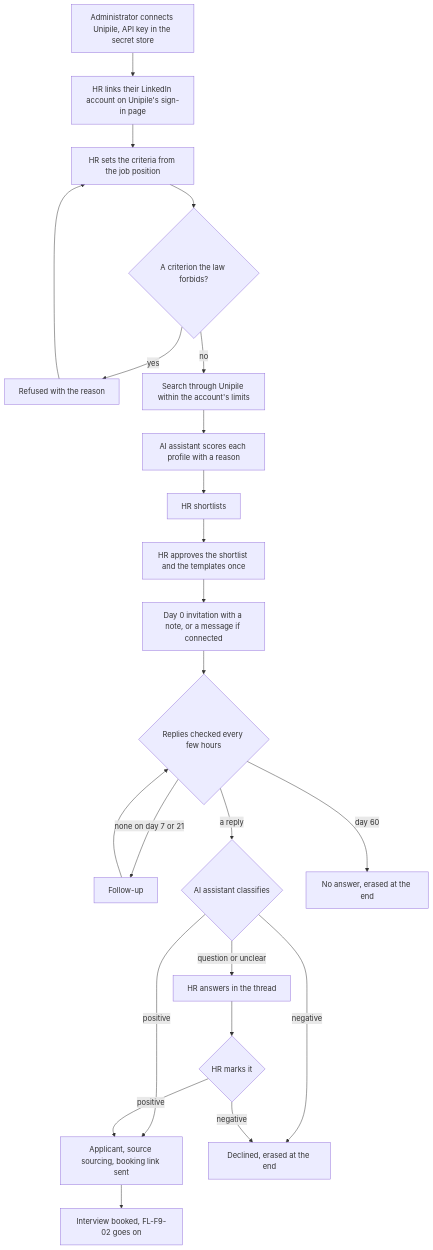
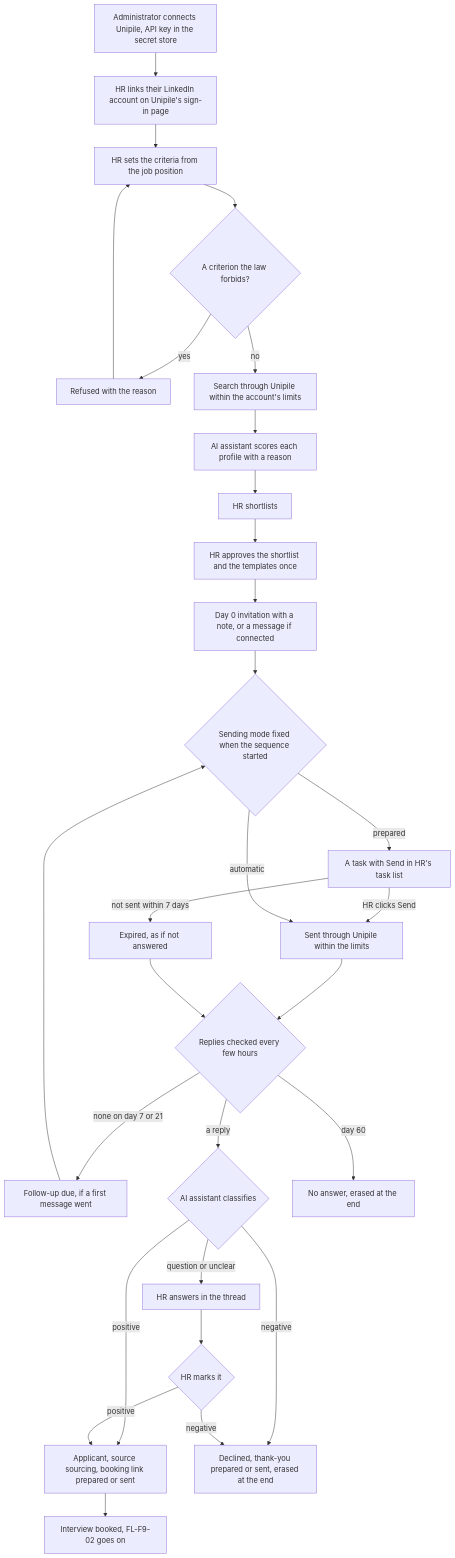
The first of 2 diagrams in docs/specs/02-functional/f09-hr-and-projects/flows/fl-f09-14-source-candidates-on-linkedin.md (gpbcom/SimpleERP), drawn with Mermaid before and after one commit. The commit also changed other lines of this file and 8816 other files, not shown here.

````diff
--- a/docs/specs/02-functional/f09-hr-and-projects/flows/fl-f09-14-source-candidates-on-linkedin.md
+++ b/docs/specs/02-functional/f09-hr-and-projects/flows/fl-f09-14-source-candidates-on-linkedin.md
@@ -26,24 +31,30 @@
 ```mermaid
 flowchart TD
   ADM[Administrator connects Unipile, API key in the secret store] --> LNK[HR links their LinkedIn account on Unipile's sign-in page]
   LNK --> CR[HR sets the criteria from the job position]
   CR --> LAW{A criterion the law forbids?}
   LAW -- yes --> REF[Refused with the reason] --> CR
   LAW -- no --> RUN[Search through Unipile within the account's limits]
   RUN --> SC[AI assistant scores each profile with a reason]
   SC --> SL[HR shortlists]
   SL --> AP[HR approves the shortlist and the templates once]
   AP --> D0[Day 0 invitation with a note, or a message if connected]
-  D0 --> CHK{Replies checked every few hours}
-  CHK -- none on day 7 or 21 --> FU[Follow-up]
-  FU --> CHK
+  D0 --> MODE{Sending mode fixed when the sequence started}
+  MODE -- prepared --> TSK[A task with Send in HR's task list]
+  TSK -- HR clicks Send --> SND[Sent through Unipile within the limits]
+  TSK -- not sent within 7 days --> EXP[Expired, as if not answered]
+  MODE -- automatic --> SND
+  SND --> CHK{Replies checked every few hours}
+  EXP --> CHK
+  CHK -- none on day 7 or 21 --> FU[Follow-up due, if a first message went]
+  FU --> MODE
   CHK -- a reply --> CL{AI assistant classifies}
-  CL -- positive --> APP[Applicant, source sourcing, booking link sent]
-  CL -- negative --> DEC[Declined, erased at the end]
+  CL -- positive --> APP[Applicant, source sourcing, booking link prepared or sent]
+  CL -- negative --> DEC[Declined, thank-you prepared or sent, erased at the end]
   CL -- question or unclear --> HRQ[HR answers in the thread]
   HRQ --> MK{HR marks it}
   MK -- positive --> APP
   MK -- negative --> DEC
   CHK -- day 60 --> NA[No answer, erased at the end]
   APP --> BK[Interview booked, FL-F9-02 goes on]
 ```
````
